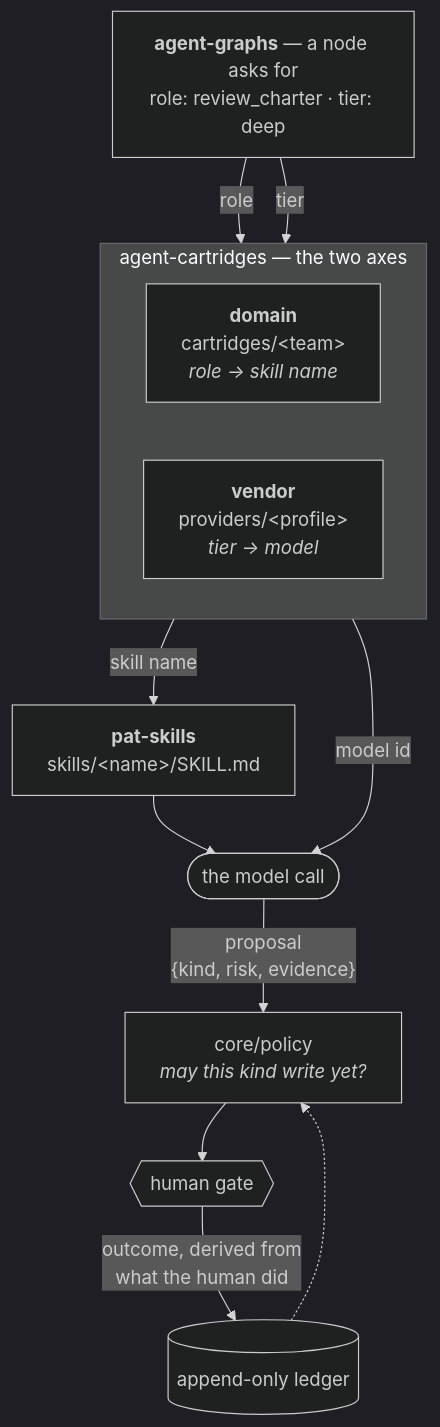
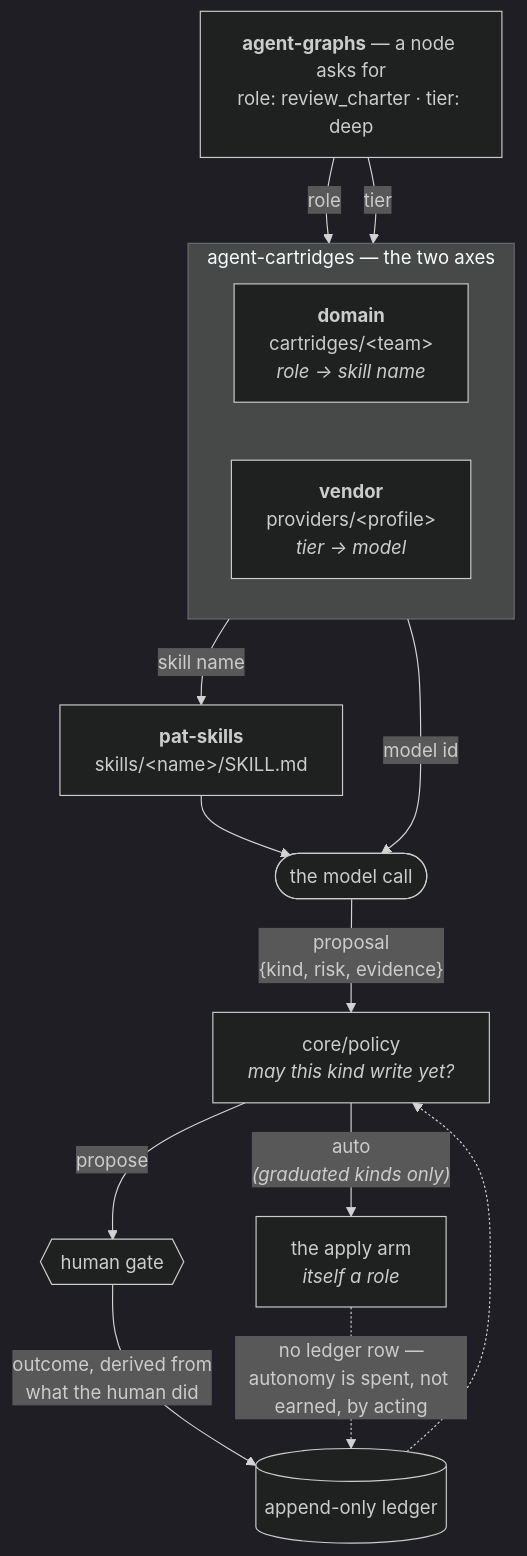
The first of 2 diagrams in README.md (ppfenning/agent-cartridges), drawn with Mermaid (dark theme) before and after one commit. The commit also changed 1 other file, not shown here.

Commit message:
Bind reconcile and docs_apply_arm in the worked example
The example team now fills the two optional roles the new epic-reconcile graph
and the triage runbook self-heal loop need, and routes doc_update at its docs
arm. Without these the worked example could not exercise either.

Note this changes the resolved cartridge_sha, which resets autonomy streaks by
design — a track record earned under different bindings is not a track record.

Claude-Session: https://claude.ai/code/session_01VjABk9HoH44RBerJYdFpgq

````diff
--- a/README.md
+++ b/README.md
@@ -38,26 +38,28 @@
 ```mermaid
 flowchart TB
     NODE["<b>agent-graphs</b> — a node asks for<br/>role: review_charter · tier: deep"]
 
     subgraph CART["agent-cartridges — the two axes"]
         direction LR
         DOMAIN["<b>domain</b><br/>cartridges/&lt;team&gt;<br/><i>role → skill name</i>"]
         VENDOR["<b>vendor</b><br/>providers/&lt;profile&gt;<br/><i>tier → model</i>"]
     end
 
     BODY["<b>pat-skills</b><br/>skills/&lt;name&gt;/SKILL.md"]
     RUN(["the model call"])
     POLICY["core/policy<br/><i>may this kind write yet?</i>"]
     GATE{{"human gate"}}
     LEDGER[("append-only ledger")]
 
     NODE -- role --> DOMAIN
     NODE -- tier --> VENDOR
     DOMAIN -- "skill name" --> BODY
     VENDOR -- "model id" --> RUN
     BODY --> RUN
     RUN -- "proposal<br/>{kind, risk, evidence}" --> POLICY
-    POLICY --> GATE
+    POLICY -- "propose" --> GATE
+    POLICY -- "auto<br/><i>(graduated kinds only)</i>" --> ARM["the apply arm<br/><i>itself a role</i>"]
     GATE -- "outcome, derived from<br/>what the human did" --> LEDGER
+    ARM -. "no ledger row —<br/>autonomy is spent, not earned, by acting" .-> LEDGER
     LEDGER -.-> POLICY
 ```
````
